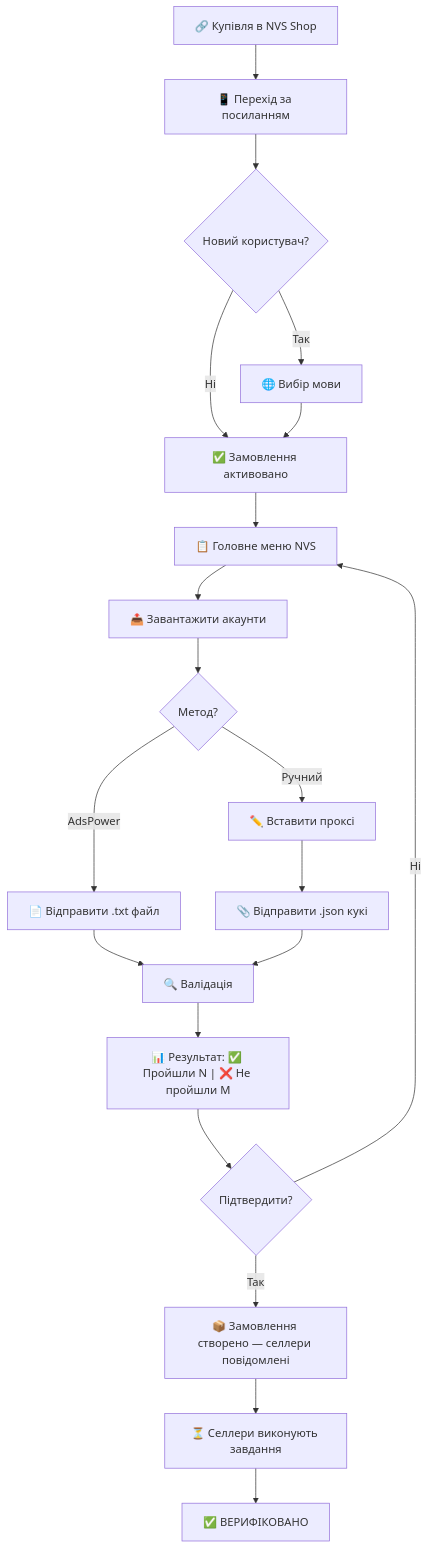
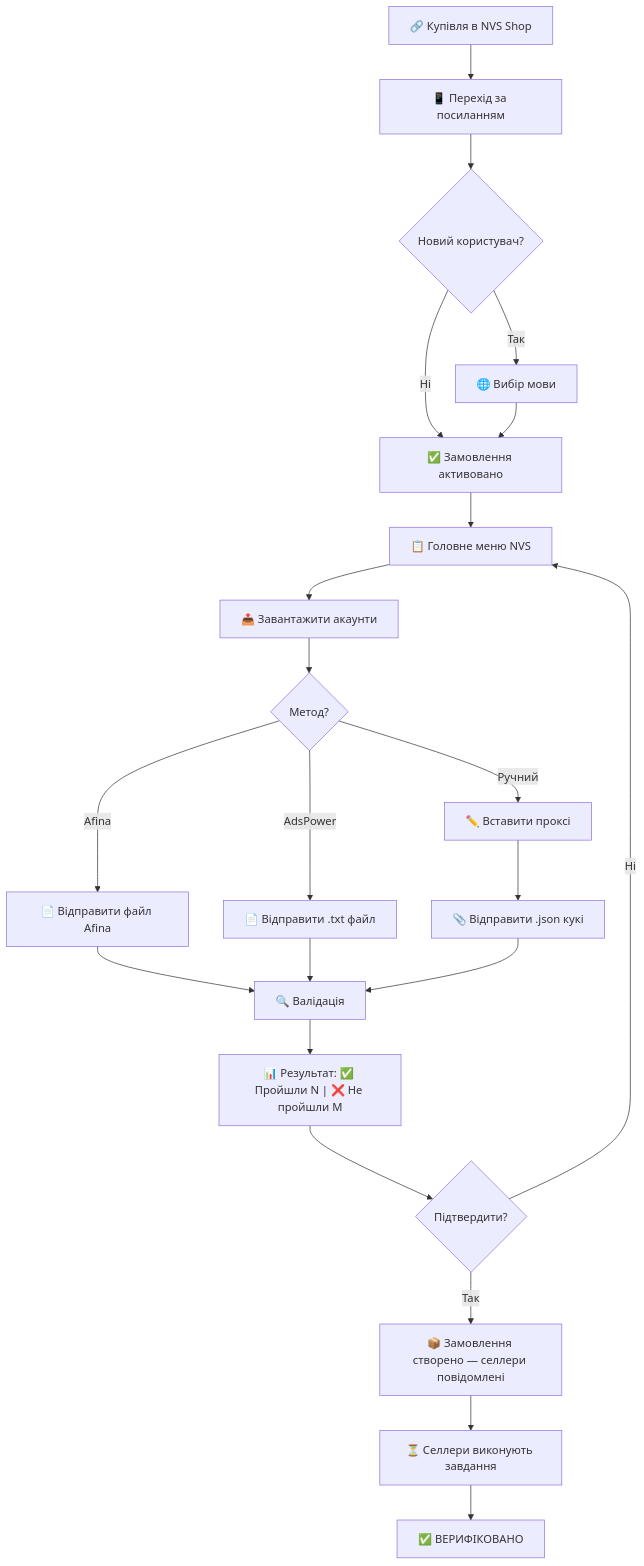
One commit to AutoPilotSoftware/docs changed the second of 7 diagrams in src/content/docs/ua/kyc/pilot-faq.md. Above: the diagram before and after it, drawn with Mermaid. The commit also changed other lines of this file and 9 other files, not shown here.

````diff
--- a/src/content/docs/ua/kyc/pilot-faq.md
+++ b/src/content/docs/ua/kyc/pilot-faq.md
@@ -102,26 +102,28 @@
 ```mermaid
 flowchart TD
     A["🔗 Купівля в NVS Shop"] --> B["📱 Перехід за посиланням"]
     B --> C{"Новий користувач?"}
     C -->|Так| D["🌐 Вибір мови"]
     C -->|Ні| E["✅ Замовлення активовано"]
     D --> E
 
     E --> F["📋 Головне меню NVS"]
     F --> G["📤 Завантажити акаунти"]
     G --> L{"Метод?"}
 
+    L -->|Afina| M0["📄 Відправити файл Afina"]
     L -->|AdsPower| M["📄 Відправити .txt файл"]
     L -->|Ручний| N["✏️ Вставити проксі"]
     N --> O["📎 Відправити .json кукі"]
 
-    M --> P["🔍 Валідація"]
+    M0 --> P["🔍 Валідація"]
+    M --> P
     O --> P
 
     P --> Q["📊 Результат: ✅ Пройшли N | ❌ Не пройшли M"]
     Q --> R{"Підтвердити?"}
     R -->|Так| S["📦 Замовлення створено — селлери повідомлені"]
     R -->|Ні| F
     S --> T["⏳ Селлери виконують завдання"]
     T --> U["✅ ВЕРИФІКОВАНО"]
 ```
````
